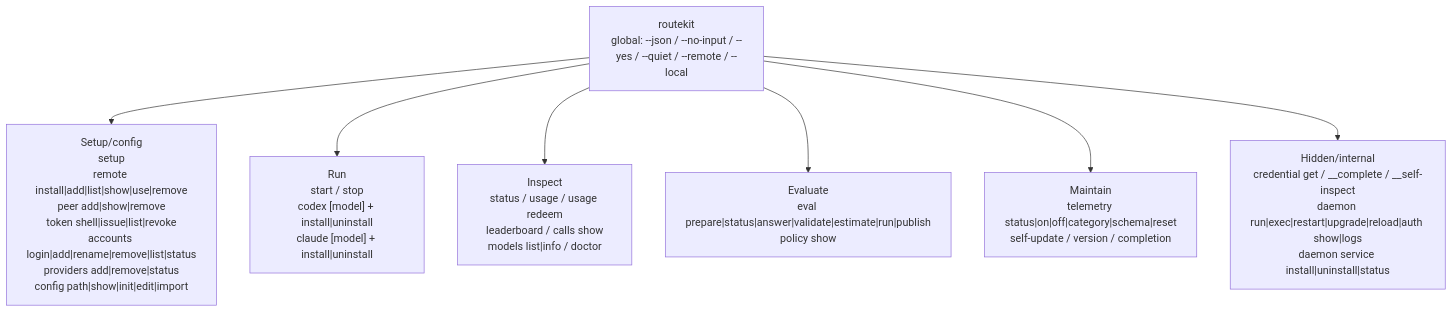
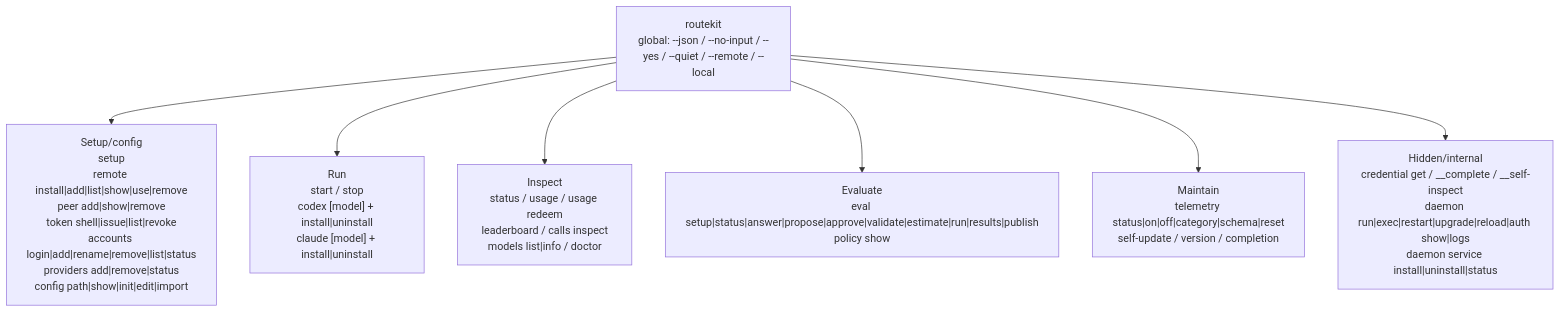
The eighth of 26 diagrams in docs/system-memory-map.md (velum-labs/routekit), drawn with Mermaid before and after one commit. The commit also changed other lines of this file and 12 other files, not shown here.

````diff
--- a/docs/system-memory-map.md
+++ b/docs/system-memory-map.md
@@ -520,17 +516,17 @@
 ```mermaid
 flowchart TB
   CLI["routekit<br/>global: --json / --no-input / --yes / --quiet / --remote / --local"]
   Setup["Setup/config<br/>setup<br/>remote install|add|list|show|use|remove<br/>peer add|show|remove<br/>token shell|issue|list|revoke<br/>accounts login|add|rename|remove|list|status<br/>providers add|remove|status<br/>config path|show|init|edit|import"]
   Run["Run<br/>start / stop<br/>codex [model] + install|uninstall<br/>claude [model] + install|uninstall"]
-  Inspect["Inspect<br/>status / usage / usage redeem<br/>leaderboard / calls show<br/>models list|info / doctor"]
-  Eval["Evaluate<br/>eval prepare|status|answer|validate|estimate|run|publish<br/>policy show"]
+  Inspect["Inspect<br/>status / usage / usage redeem<br/>leaderboard / calls inspect<br/>models list|info / doctor"]
+  Eval["Evaluate<br/>eval setup|status|answer|propose|approve|validate|estimate|run|results|publish<br/>policy show"]
   Maintain["Maintain<br/>telemetry status|on|off|category|schema|reset<br/>self-update / version / completion"]
   Hidden["Hidden/internal<br/>credential get / __complete / __self-inspect<br/>daemon run|exec|restart|upgrade|reload|auth show|logs<br/>daemon service install|uninstall|status"]
 
   CLI --> Setup
   CLI --> Run
   CLI --> Inspect
   CLI --> Eval
   CLI --> Maintain
   CLI --> Hidden
 ```
````
